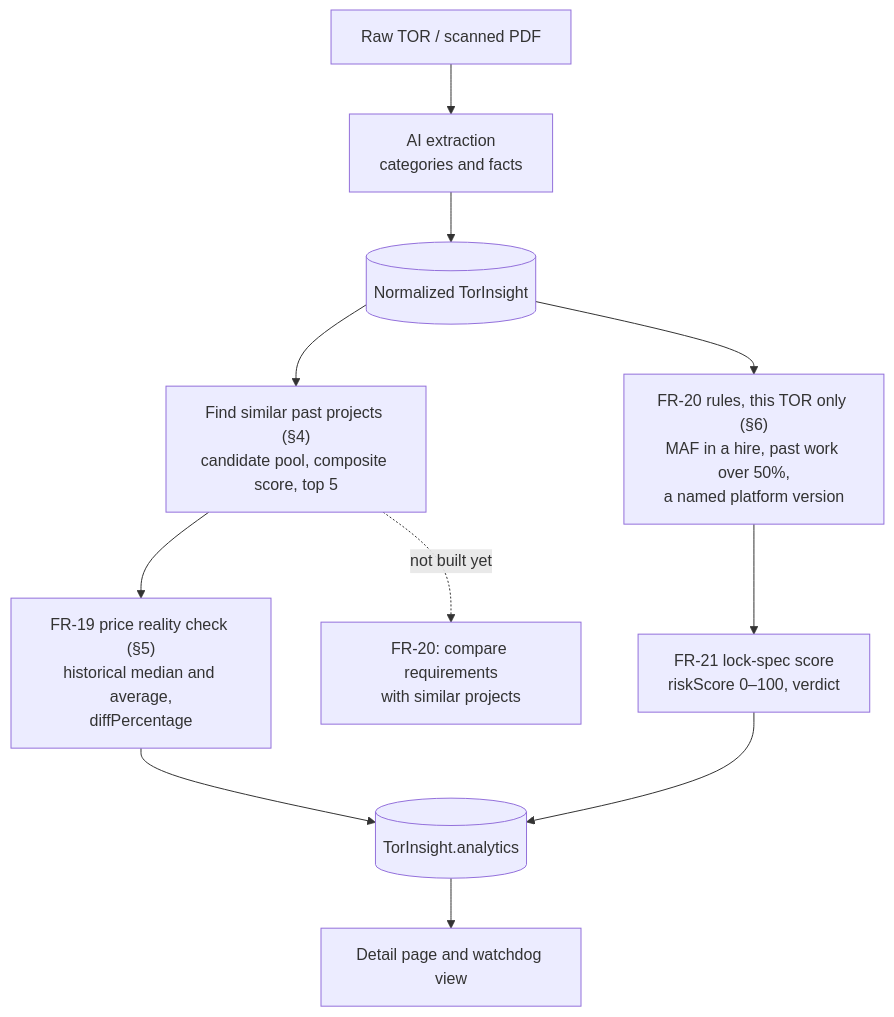
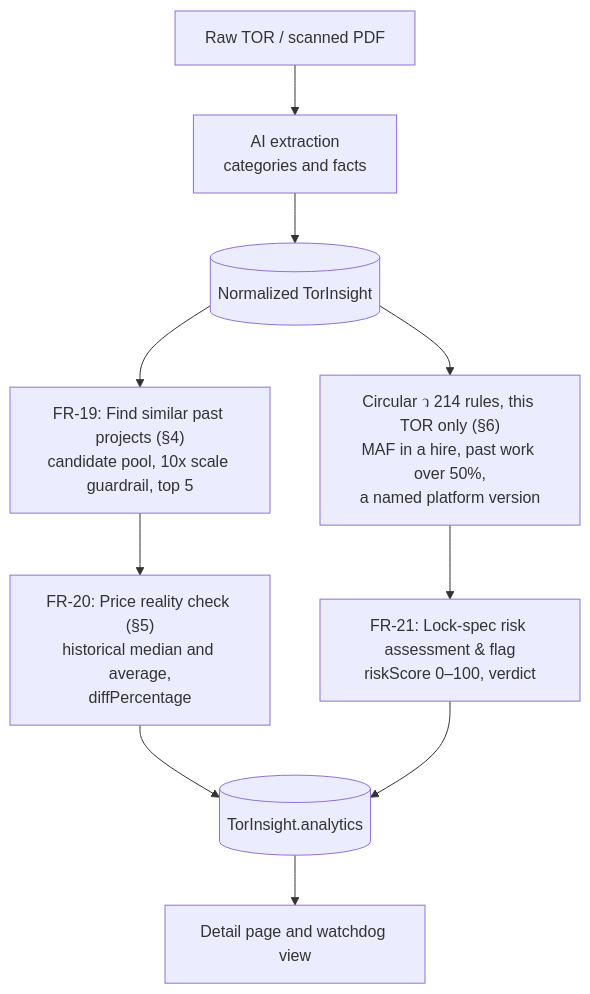
Before and after one commit to PapuBallkub/csp-mjolnir: the first of 2 diagrams in docs/features/reality-check-and-benchmarking.md, drawn with Mermaid. The commit also changed other lines of this file and 11 other files, not shown here.

````diff
--- a/docs/features/reality-check-and-benchmarking.md
+++ b/docs/features/reality-check-and-benchmarking.md
@@ -36,13 +36,12 @@
 ```mermaid
 flowchart TD
     PDF["Raw TOR / scanned PDF"] --> AI["AI extraction<br/>categories and facts"]
     AI --> INS[("Normalized TorInsight")]
-    INS --> SIM["Find similar past projects (§4)<br/>candidate pool, composite score, top 5"]
-    SIM --> PRICE["FR-19 price reality check (§5)<br/>historical median and average,<br/>diffPercentage"]
-    SIM -.->|"not built yet"| REQ["FR-20: compare requirements<br/>with similar projects"]
-    INS --> LOCK["FR-20 rules, this TOR only (§6)<br/>MAF in a hire, past work over 50%,<br/>a named platform version"]
-    LOCK --> SCORE["FR-21 lock-spec score<br/>riskScore 0–100, verdict"]
+    INS --> SIM["FR-19: Find similar past projects (§4)<br/>candidate pool, 10x scale guardrail, top 5"]
+    SIM --> PRICE["FR-20: Price reality check (§5)<br/>historical median and average,<br/>diffPercentage"]
+    INS --> LOCK["Circular ว 214 rules, this TOR only (§6)<br/>MAF in a hire, past work over 50%,<br/>a named platform version"]
+    LOCK --> SCORE["FR-21: Lock-spec risk assessment & flag<br/>riskScore 0–100, verdict"]
     PRICE --> SAVE[("TorInsight.analytics")]
     SCORE --> SAVE
     SAVE --> UI["Detail page and watchdog view"]
 ```
````
